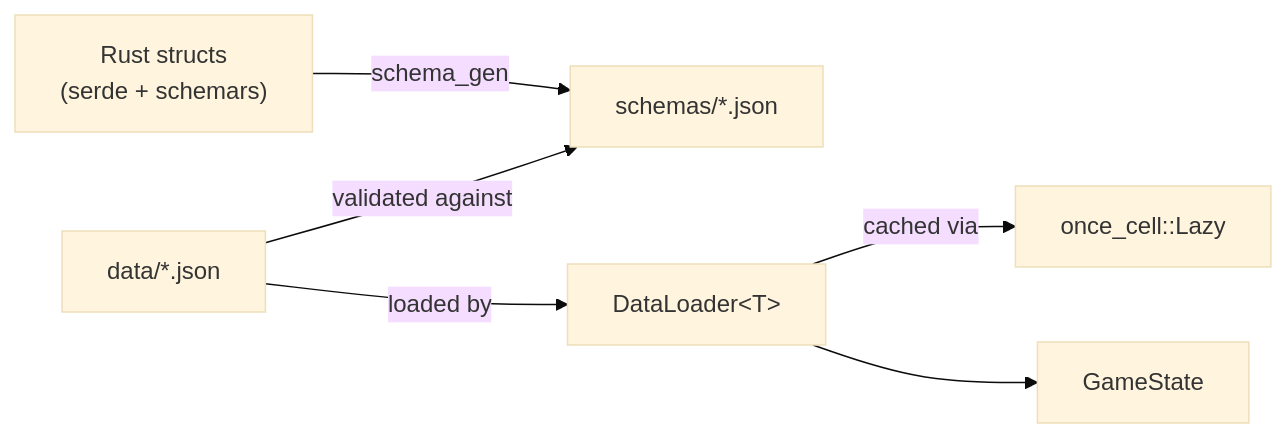
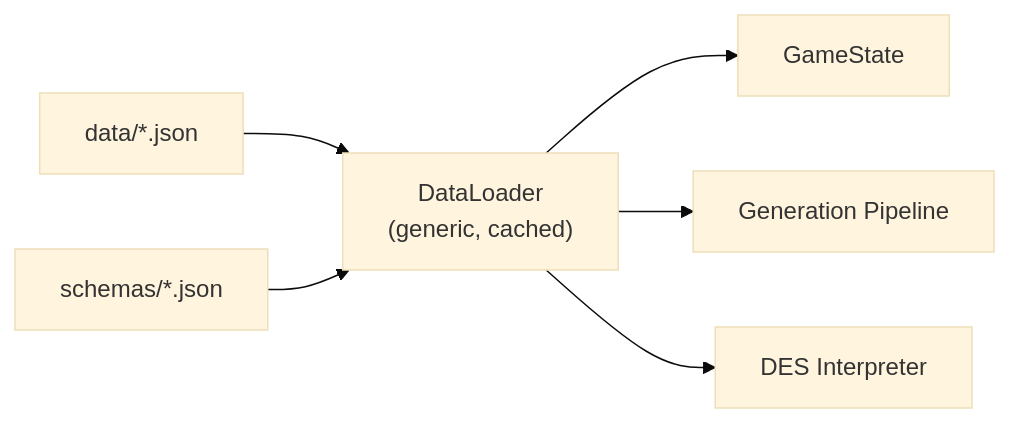
One commit to EliasVahlberg/saltglass-steppe changed the fifth of 6 diagrams in .agents/summary/architecture.md. Above: the diagram before and after it, drawn with Mermaid (base theme). The commit also changed other lines of this file and 16 other files, not shown here.

````diff
--- a/.agents/summary/architecture.md
+++ b/.agents/summary/architecture.md
@@ -110,8 +150,8 @@
 ```mermaid
 graph LR
-    Rust["Rust structs<br/>(serde + schemars)"] -->|schema_gen| Schema["schemas/*.json"]
-    JSON["data/*.json"] -->|validated against| Schema
-    JSON -->|loaded by| DL["DataLoader&lt;T&gt;"]
-    DL -->|cached via| OC["once_cell::Lazy"]
-    DL --> State["GameState"]
+    JSON["data/*.json"] --> DL["DataLoader<br/>(generic, cached)"]
+    SCH["schemas/*.json"] --> DL
+    DL --> GS["GameState"]
+    DL --> GEN["Generation Pipeline"]
+    DL --> DES["DES Interpreter"]
 ```
````
